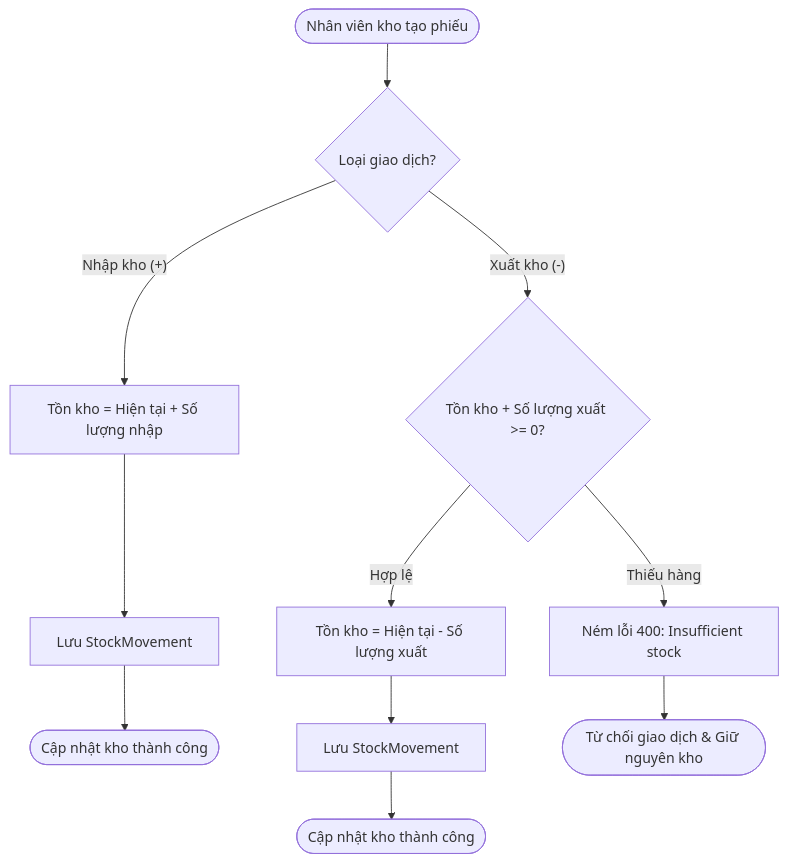
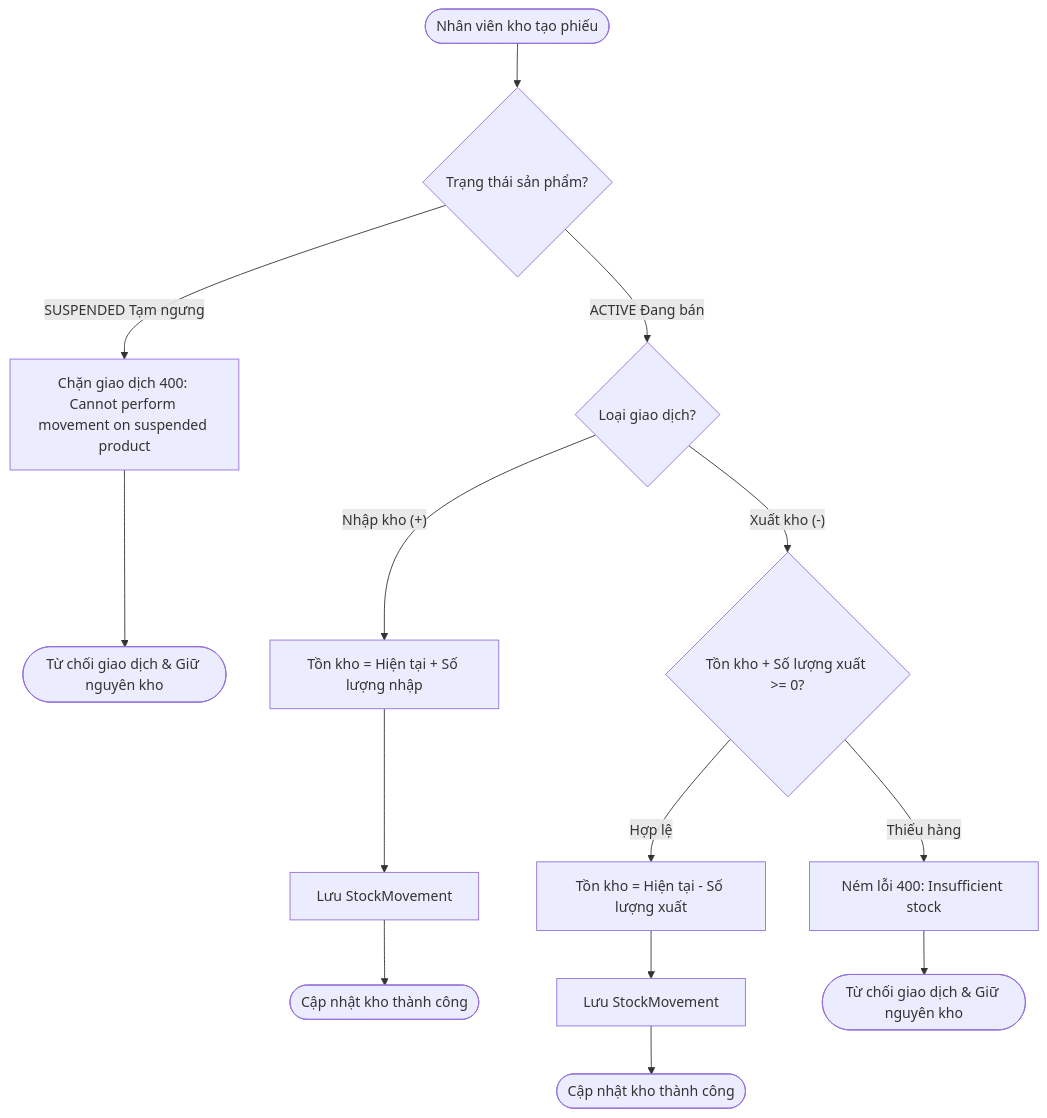
Before and after one commit to DoanhNguyenVan/-Inventory-SupplierManagementSystem: the diagram in ISMS/DOCS_NGHIEP_VU_VA_KICH_BAN_DEMO.md, drawn with Mermaid. The commit also changed other lines of this file and 6 other files, not shown here.

Commit message:
docs: update documentation markdown files and clean schema.sql

````diff
--- a/ISMS/DOCS_NGHIEP_VU_VA_KICH_BAN_DEMO.md
+++ b/ISMS/DOCS_NGHIEP_VU_VA_KICH_BAN_DEMO.md
@@ -48,16 +48,21 @@
 ```mermaid
 flowchart TD
-    Start([Nhân viên kho tạo phiếu]) --> Action{Loại giao dịch?}
+    Start([Nhân viên kho tạo phiếu]) --> CheckStatus{Trạng thái sản phẩm?}
+    
+    CheckStatus -- SUSPENDED Tạm ngưng --> BlockSuspended[Chặn giao dịch 400: Cannot perform movement on suspended product]
+    BlockSuspended --> Rollback1([Từ chối giao dịch & Giữ nguyên kho])
+
+    CheckStatus -- ACTIVE Đang bán --> Action{Loại giao dịch?}
     
     Action -- Nhập kho (+) --> AddStock[Tồn kho = Hiện tại + Số lượng nhập]
     AddStock --> SaveMove1[Lưu StockMovement]
     SaveMove1 --> Done1([Cập nhật kho thành công])
     
     Action -- Xuất kho (-) --> CheckStock{Tồn kho + Số lượng xuất >= 0?}
     CheckStock -- Hợp lệ --> SubStock[Tồn kho = Hiện tại - Số lượng xuất]
     SubStock --> SaveMove2[Lưu StockMovement]
     SaveMove2 --> Done2([Cập nhật kho thành công])
     
     CheckStock -- Thiếu hàng --> ThrowErr[Ném lỗi 400: Insufficient stock]
-    ThrowErr --> Rollback([Từ chối giao dịch & Giữ nguyên kho])
+    ThrowErr --> Rollback2([Từ chối giao dịch & Giữ nguyên kho])
 ```
````
